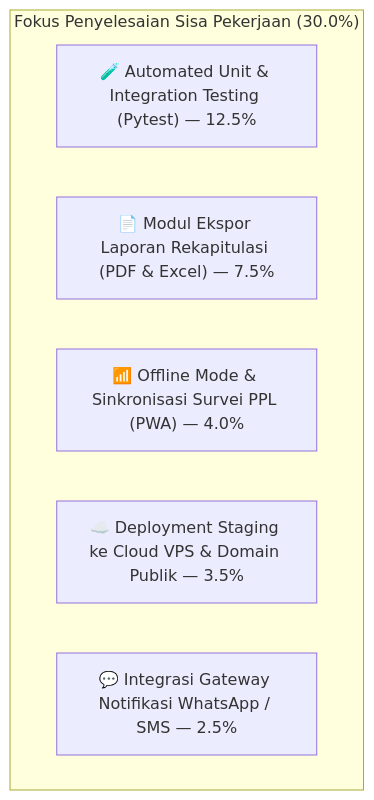
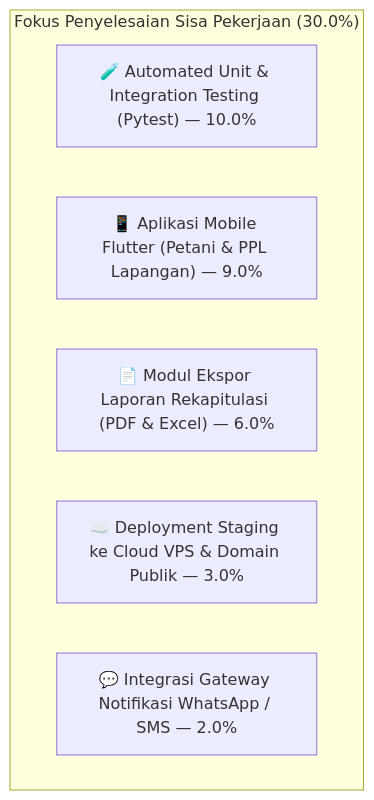
The fourth of 4 diagrams in LAPORAN_PROGRESS_PRESENTASI.md (syarifatullahcev-cmyk/e-pupuk), drawn with Mermaid before and after one commit. The commit also changed other lines of this file and 27 other files, not shown here.

Commit message:
Update sinkronisasi Flutter Mobile Petani 8 tab lengkap dan perbaikan gitignore

````diff
--- a/LAPORAN_PROGRESS_PRESENTASI.md
+++ b/LAPORAN_PROGRESS_PRESENTASI.md
@@ -171,10 +171,10 @@
 ```mermaid
 flowchart TD
     subgraph Sisa_Pekerjaan ["Fokus Penyelesaian Sisa Pekerjaan (30.0%)"]
-        R1["🧪 Automated Unit & Integration Testing (Pytest) — 12.5%"]
-        R2["📄 Modul Ekspor Laporan Rekapitulasi (PDF & Excel) — 7.5%"]
-        R3["📶 Offline Mode & Sinkronisasi Survei PPL (PWA) — 4.0%"]
-        R4["☁️ Deployment Staging ke Cloud VPS & Domain Publik — 3.5%"]
-        R5["💬 Integrasi Gateway Notifikasi WhatsApp / SMS — 2.5%"]
+        R1["🧪 Automated Unit & Integration Testing (Pytest) — 10.0%"]
+        R2["📱 Aplikasi Mobile Flutter (Petani & PPL Lapangan) — 9.0%"]
+        R3["📄 Modul Ekspor Laporan Rekapitulasi (PDF & Excel) — 6.0%"]
+        R4["☁️ Deployment Staging ke Cloud VPS & Domain Publik — 3.0%"]
+        R5["💬 Integrasi Gateway Notifikasi WhatsApp / SMS — 2.0%"]
     end
 ```
````
